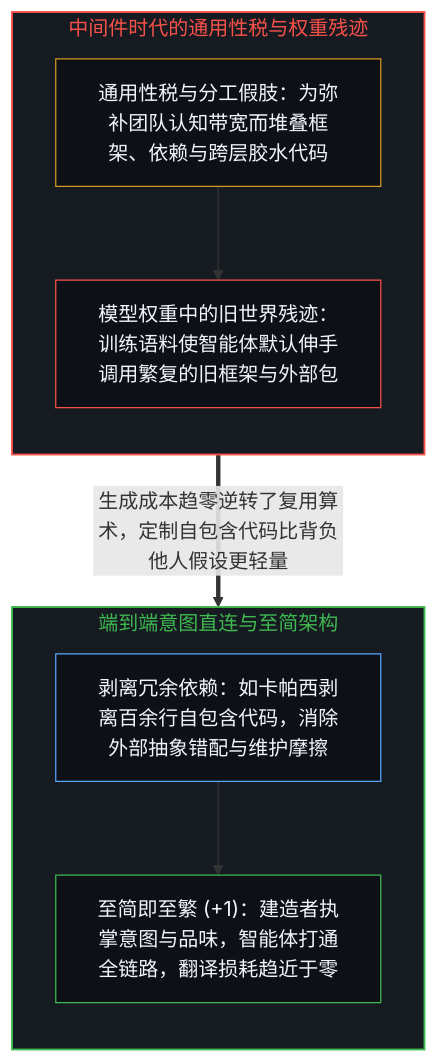
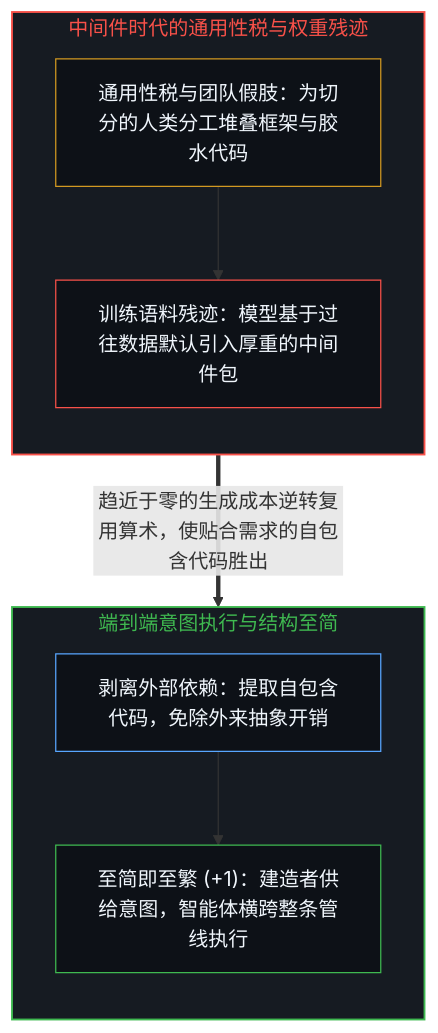
The first of 2 diagrams in content/posts/simplicity-ultimate-sophistication.md (powerpig99/not-a-toe), drawn with Mermaid before and after one commit. The commit also changed other lines of this file and 3 other files, not shown here.

````diff
--- a/content/posts/simplicity-ultimate-sophistication.md
+++ b/content/posts/simplicity-ultimate-sophistication.md
@@ -17,22 +17,22 @@
 ```mermaid
 flowchart TD
     subgraph S_Middle["中间件时代的通用性税与权重残迹"]
         direction TB
-        Tax["通用性税与分工假肢：为弥补团队认知带宽而堆叠框架、依赖与跨层胶水代码"]
-        Residue["模型权重中的旧世界残迹：训练语料使智能体默认伸手调用繁复的旧框架与外部包"]
+        Tax["通用性税与团队假肢：为切分的人类分工堆叠框架与胶水代码"]
+        Residue["训练语料残迹：模型基于过往数据默认引入厚重的中间件包"]
         Tax --> Residue
     end
-    subgraph S_Direct["端到端意图直连与至简架构"]
+    subgraph S_Direct["端到端意图执行与结构至简"]
         direction TB
-        Rip["剥离冗余依赖：如卡帕西剥离百余行自包含代码，消除外部抽象错配与维护摩擦"]
-        Simple["至简即至繁 (+1)：建造者执掌意图与品味，智能体打通全链路，翻译损耗趋近于零"]
+        Rip["剥离外部依赖：提取自包含代码，免除外来抽象开销"]
+        Simple["至简即至繁 (+1)：建造者供给意图，智能体横跨整条管线执行"]
         Rip --> Simple
     end
-    Residue ==>|"生成成本趋零逆转了复用算术，定制自包含代码比背负他人假设更轻量"| Rip
+    Residue ==>|"趋近于零的生成成本逆转复用算术，使贴合需求的自包含代码胜出"| Rip
     style S_Middle fill:#161b22,stroke:#f85149,stroke-width:1.5px,color:#f85149
     style S_Direct fill:#161b22,stroke:#3fb950,stroke-width:1.5px,color:#3fb950
     style Tax fill:#0d1117,stroke:#d29922,stroke-width:1px,color:#f0f6fc
     style Residue fill:#0d1117,stroke:#f85149,stroke-width:1px,color:#f0f6fc
     style Rip fill:#0d1117,stroke:#58a6ff,stroke-width:1px,color:#f0f6fc
     style Simple fill:#0d1117,stroke:#3fb950,stroke-width:1px,color:#f0f6fc
 ```
````
